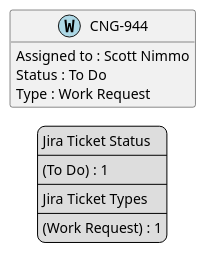
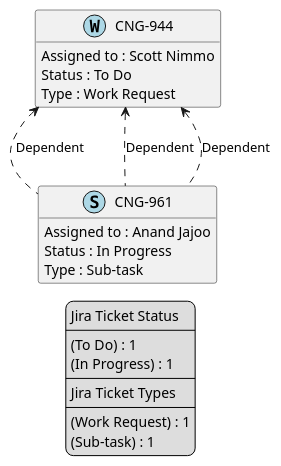
The diagram in temp/jira-Scott Nimmo.puml (brunasti/jiraplotter), drawn with PlantUML before and after one commit. The commit also changed 57 other files, not shown here.

```diff
--- a/temp/jira-Scott Nimmo.puml
+++ b/temp/jira-Scott Nimmo.puml
@@ -1,32 +1,43 @@
 @startuml
 'https://plantuml.com/class-diagram
 
 ' GENERATE CLASS DIAGRAM ===========
-' Generated at    : Mon Apr 15 12:32:40 CEST 2024
+' Generated at    : Mon Apr 15 12:46:43 CEST 2024
 
 hide empty members
 
 legend
 Jira Ticket Status
 ----
 (To Do) : 1
+(In Progress) : 1
 ----
 Jira Ticket Types
 ----
 (Work Request) : 1
+(Sub-task) : 1
 end legend
 
 
 ' Tickets =======
 class "CNG-944" << (W,lightblue) >> {
   Assigned to : Scott Nimmo
   Status : To Do
   Type : Work Request
 }
 
+class "CNG-961" << (S,lightblue) >> {
+  Assigned to : Anand Jajoo
+  Status : In Progress
+  Type : Sub-task
+}
+
 
 
 ' Links =======
+"CNG-944" <.. "CNG-961" : Dependent
+"CNG-944" <.. "CNG-961" : Dependent
+"CNG-944" <.. "CNG-961" : Dependent
 
 
 @enduml
```
